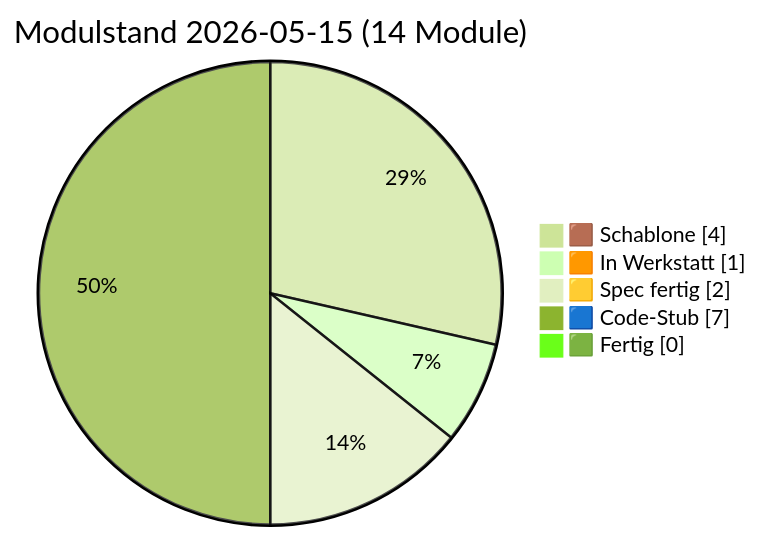
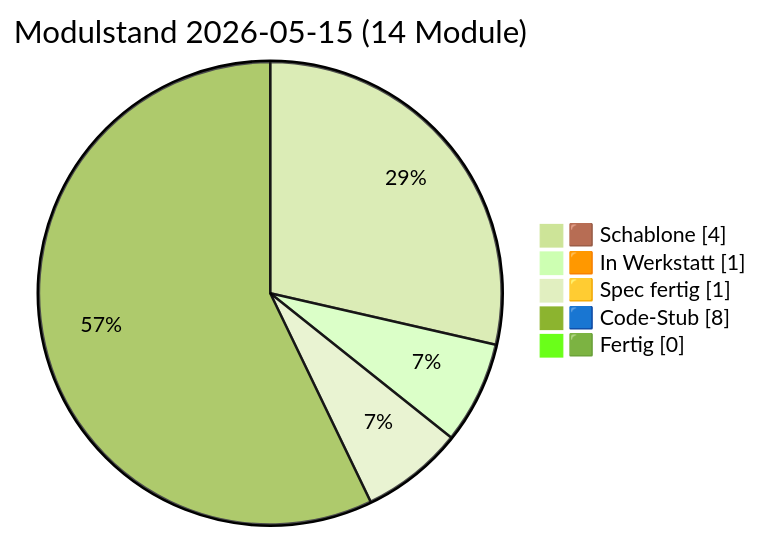
The diagram in docs/PULS.md (lausiklauskn-png/Sage-Protokol), drawn with Mermaid (forest theme) before and after one commit. The commit also changed other lines of this file and 11 other files, not shown here.

````diff
--- a/docs/PULS.md
+++ b/docs/PULS.md
@@ -16,9 +16,9 @@
 ```mermaid
 pie showData
   title Modulstand 2026-05-15 (14 Module)
   "🟫 Schablone" : 4
   "🟧 In Werkstatt" : 1
-  "🟨 Spec fertig" : 2
-  "🟦 Code-Stub" : 7
+  "🟨 Spec fertig" : 1
+  "🟦 Code-Stub" : 8
   "🟩 Fertig" : 0
 ```
````
